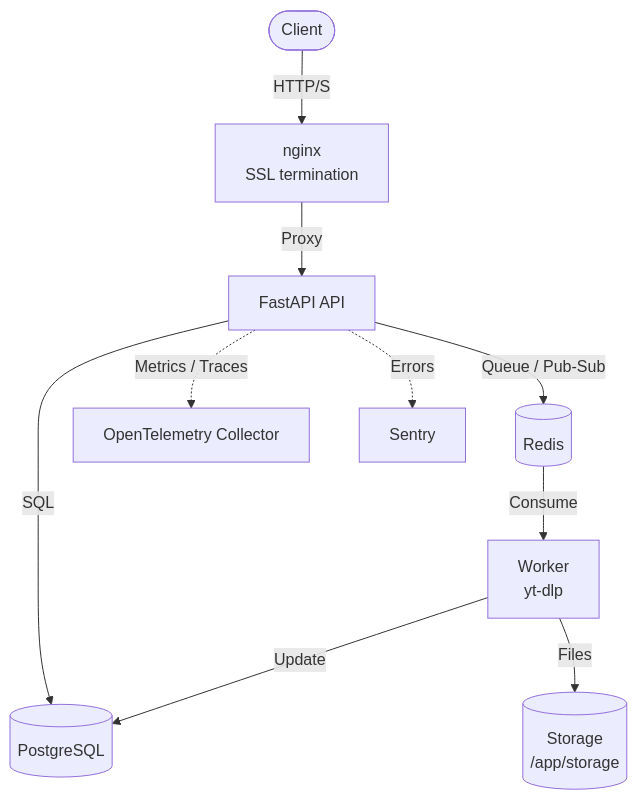
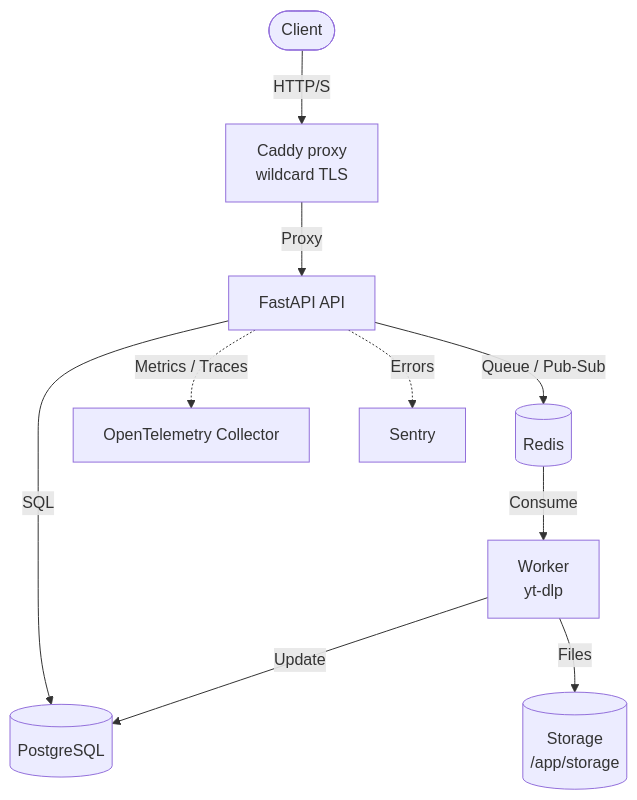
Before and after one commit to tomkabel/vooglaadija: the diagram in docs/ARCHITECTURE.md, drawn with Mermaid. The commit also changed 49 other files, not shown here.

First line of the commit message:
feat(infra): plug-n-play VPS deployment with Coolify + Caddy wildcard TLS

````diff
--- a/docs/ARCHITECTURE.md
+++ b/docs/ARCHITECTURE.md
@@ -5,12 +5,12 @@
 ```mermaid
 flowchart TD
-    Client([Client]) -->|HTTP/S| nginx[nginx<br/>SSL termination]
-    nginx -->|Proxy| api[FastAPI API]
+    Client([Client]) -->|HTTP/S| proxy[Caddy proxy<br/>wildcard TLS]
+    proxy -->|Proxy| api[FastAPI API]
     api -->|SQL| db[(PostgreSQL)]
     api -->|Queue / Pub-Sub| redis[(Redis)]
     redis -->|Consume| worker[Worker<br/>yt-dlp]
     worker -->|Files| storage[(Storage<br/>/app/storage)]
     worker -->|Update| db
     api -.->|Metrics / Traces| otel[OpenTelemetry Collector]
     api -.->|Errors| sentry[Sentry]
 ```
````
